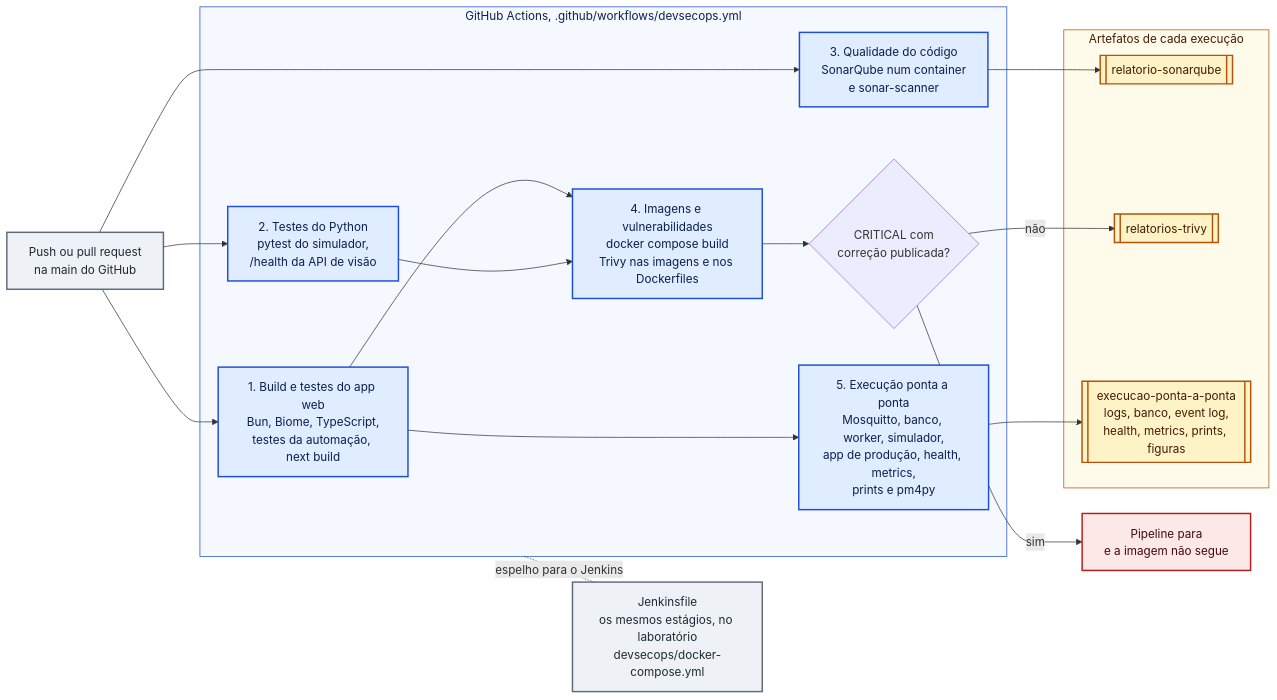
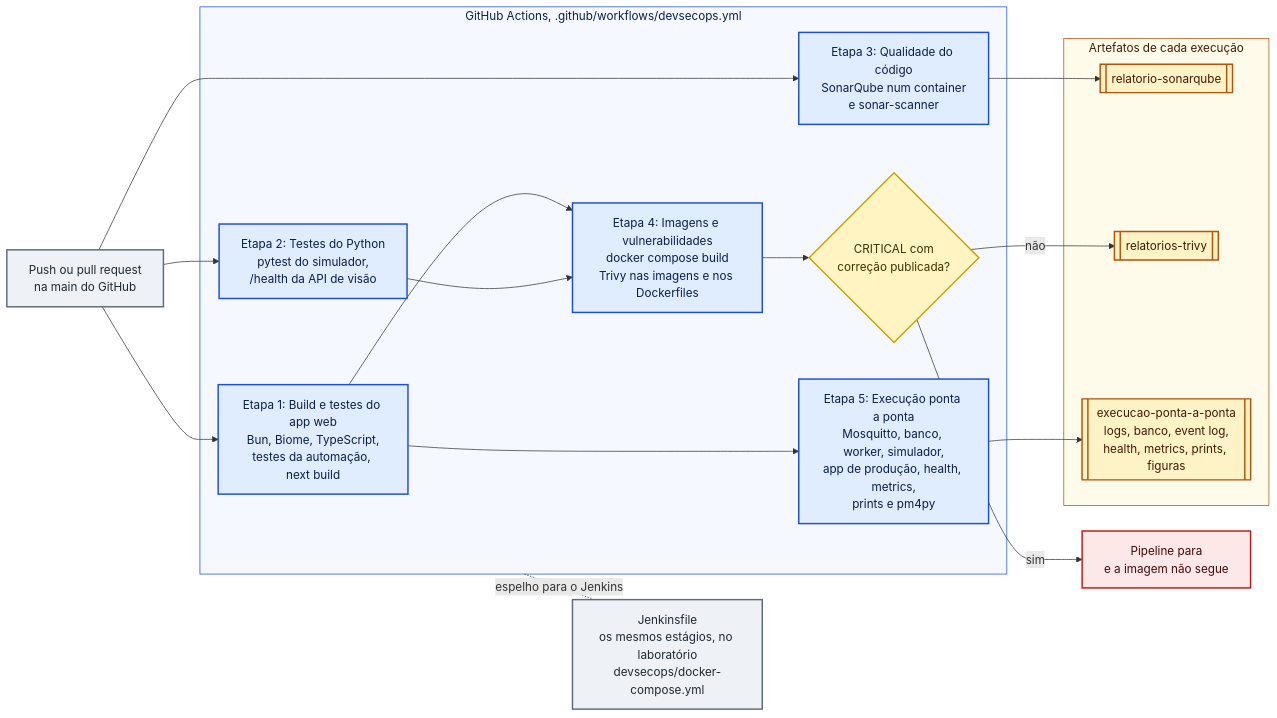
Before and after one commit to Dsfr62/fiap-agrosmart-sprint7: the diagram in docs/fase-7/diagrams/03-pipeline-devsecops.mmd, drawn with Mermaid. The commit also changed 2 other files, not shown here.

Commit message:
Diagramas: títulos das camadas e etapas sem cara de lista no Mermaid; imagem abre ampliada

```diff
--- a/docs/fase-7/diagrams/03-pipeline-devsecops.mmd
+++ b/docs/fase-7/diagrams/03-pipeline-devsecops.mmd
@@ -1,44 +1,46 @@
 flowchart LR
   DEV["Push ou pull request<br/>na main do GitHub"]
 
   subgraph GHA["GitHub Actions, .github/workflows/devsecops.yml"]
-    J1["1. Build e testes do app web<br/>Bun, Biome, TypeScript,<br/>testes da automação, next build"]
-    J2["2. Testes do Python<br/>pytest do simulador,<br/>/health da API de visão"]
-    J3["3. Qualidade do código<br/>SonarQube num container<br/>e sonar-scanner"]
-    J4["4. Imagens e vulnerabilidades<br/>docker compose build<br/>Trivy nas imagens e nos Dockerfiles"]
+    J1["Etapa 1: Build e testes do app web<br/>Bun, Biome, TypeScript,<br/>testes da automação, next build"]
+    J2["Etapa 2: Testes do Python<br/>pytest do simulador,<br/>/health da API de visão"]
+    J3["Etapa 3: Qualidade do código<br/>SonarQube num container<br/>e sonar-scanner"]
+    J4["Etapa 4: Imagens e vulnerabilidades<br/>docker compose build<br/>Trivy nas imagens e nos Dockerfiles"]
     GATE{"CRITICAL com<br/>correção publicada?"}
-    J5["5. Execução ponta a ponta<br/>Mosquitto, banco, worker, simulador,<br/>app de produção, health, metrics,<br/>prints e pm4py"]
+    J5["Etapa 5: Execução ponta a ponta<br/>Mosquitto, banco, worker, simulador,<br/>app de produção, health, metrics,<br/>prints e pm4py"]
   end
 
   subgraph ART["Artefatos de cada execução"]
     A1[["relatorio-sonarqube"]]
     A2[["relatorios-trivy"]]
     A3[["execucao-ponta-a-ponta<br/>logs, banco, event log,<br/>health, metrics, prints, figuras"]]
   end
 
   JEN["Jenkinsfile<br/>os mesmos estágios, no laboratório<br/>devsecops/docker-compose.yml"]
   STOP["Pipeline para<br/>e a imagem não segue"]
 
   DEV --> J1
   DEV --> J2
   DEV --> J3
   J1 --> J4
   J2 --> J4
   J1 --> J5
   J4 --> GATE
   GATE -- "sim" --> STOP
   GATE -- "não" --> A2
   J3 --> A1
   J5 --> A3
   GHA -. "espelho para o Jenkins" .- JEN
 
   classDef job fill:#e0ecff,stroke:#1d4ed8,stroke-width:2px,color:#0b1f4d
   classDef art fill:#fef3c7,stroke:#b45309,stroke-width:2px,color:#451a03
   classDef infra fill:#eef1f5,stroke:#5f6b7a,stroke-width:2px,color:#1f2933
   classDef stop fill:#fde8e8,stroke:#b91c1c,stroke-width:2px,color:#450a0a
   class J1,J2,J3,J4,J5 job
   class A1,A2,A3 art
   class DEV,JEN infra
   class STOP stop
+  classDef gate fill:#fff4c2,stroke:#c9a400,stroke-width:2px,color:#3d3200
+  class GATE gate
   style GHA fill:#f5f9ff,stroke:#1d4ed8,color:#0b1f4d
   style ART fill:#fffbeb,stroke:#b45309,color:#451a03
```
